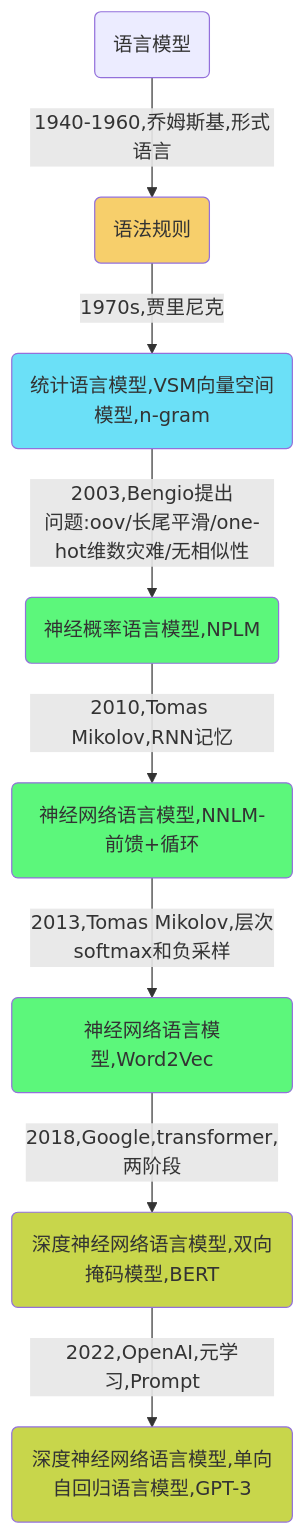
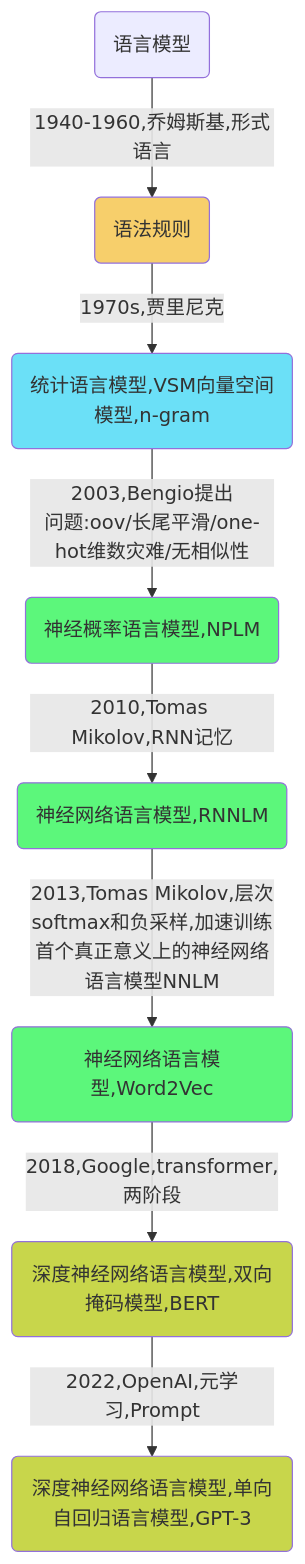
One commit to Gaohaoyang/gaohaoyang.github.io changed the first of 2 diagrams in _posts/2019-12-15-PLM.md. Above: the diagram before and after it, drawn with Mermaid. The commit also changed other lines of this file, not shown here.

```diff
--- a/_posts/2019-12-15-PLM.md
+++ b/_posts/2019-12-15-PLM.md
@@ -41,17 +41,17 @@
 <div class="mermaid">
     flowchart TD
     %% 节点颜色
     classDef red fill:#f02;
     classDef green fill:#5CF77B;
     classDef blue fill:#6BE0F7;
     classDef orange fill:#F7CF6B;
     classDef grass fill:#C8D64B;
     %%节点关系定义
     O(语言模型)-->|1940-1960,乔姆斯基,形式语言|A(语法规则):::orange
     A-->|1970s,贾里尼克|B(统计语言模型,VSM向量空间模型,n-gram):::blue
     B-->|2003,Bengio提出<br>问题:oov/长尾平滑/one-hot维数灾难/无相似性|C1(神经概率语言模型,NPLM):::green
-    C1-->|2010,Tomas Mikolov,RNN记忆|C2(神经网络语言模型,NNLM-前馈+循环):::green
-    C2-->|2013,Tomas Mikolov,层次softmax和负采样|C3(神经网络语言模型,Word2Vec):::green
+    C1-->|2010,Tomas Mikolov,RNN记忆|C2(神经网络语言模型,RNNLM):::green
+    C2-->|2013,Tomas Mikolov,层次softmax和负采样,加速训练<br>首个真正意义上的神经网络语言模型NNLM|C3(神经网络语言模型,Word2Vec):::green
     C3-->|2018,Google,transformer,两阶段|D(深度神经网络语言模型,双向掩码模型,BERT):::grass
     D-->|2022,OpenAI,元学习,Prompt|E(深度神经网络语言模型,单向自回归语言模型,GPT-3):::grass
 </div>
```
